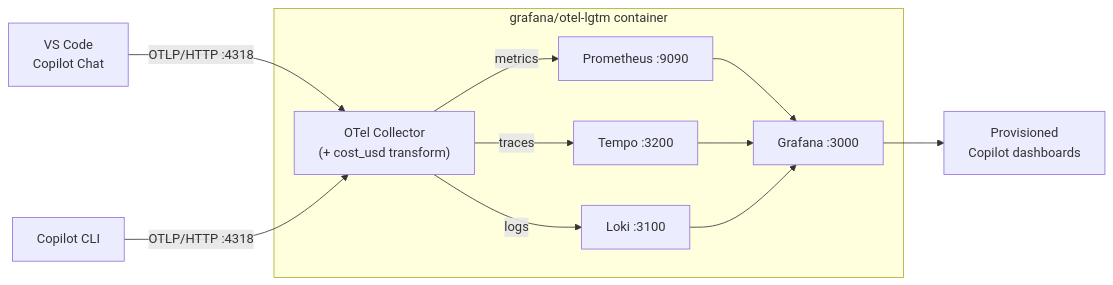
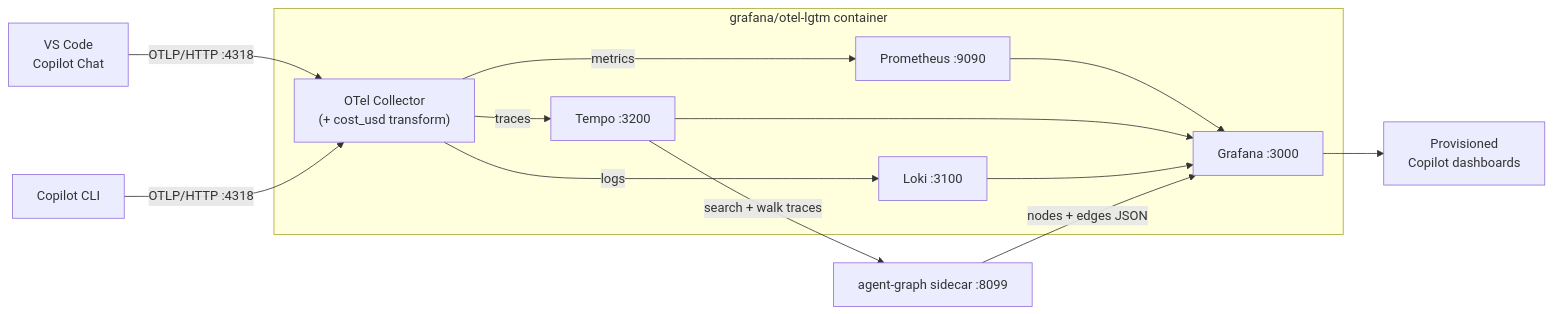
The diagram in README.md (dasiths/github_copilot_grafana_extensions), drawn with Mermaid before and after one commit. The commit also changed other lines of this file and 6 other files, not shown here.

First line of the commit message:
feat(agent-graph): add agent topology Node Graph dashboard

````diff
--- a/README.md
+++ b/README.md
@@ -21,14 +21,16 @@
 ```mermaid
 flowchart LR
   A["VS Code<br/>Copilot Chat"] -- "OTLP/HTTP :4318" --> B["OTel Collector<br/>(+ cost_usd transform)"]
   H["Copilot CLI"] -- "OTLP/HTTP :4318" --> B
   subgraph LGTM["grafana/otel-lgtm container"]
     B -- metrics --> C["Prometheus :9090"]
     B -- traces --> D["Tempo :3200"]
     B -- logs --> E["Loki :3100"]
     C --> F["Grafana :3000"]
     D --> F
     E --> F
   end
+  D -- "search + walk traces" --> S["agent-graph sidecar :8099"]
+  S -- "nodes + edges JSON" --> F
   F --> G["Provisioned<br/>Copilot dashboards"]
 ```
````
